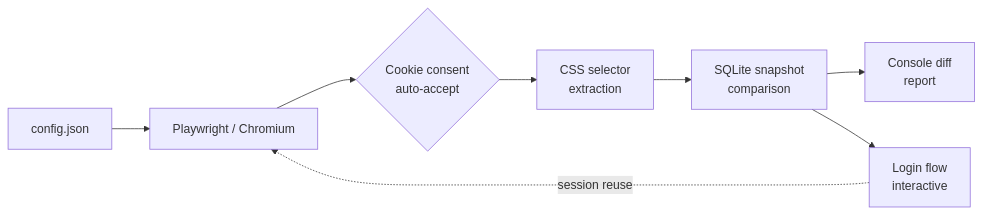
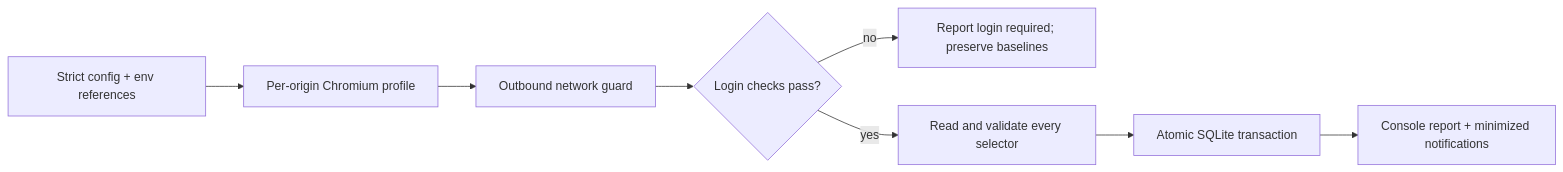
The diagram in README.md (tomassvensson/page-change-checker), drawn with Mermaid before and after one commit. The commit also changed other lines of this file and 6 other files, not shown here.

````diff
--- a/README.md
+++ b/README.md
@@ -171,10 +185,10 @@
 ```mermaid
 flowchart LR
-    A[config.json] --> B[Playwright / Chromium]
-    B --> C{Cookie consent\nauto-accept}
-    C --> D[CSS selector\nextraction]
-    D --> E[SQLite snapshot\ncomparison]
-    E --> F[Console diff\nreport]
-    G[Login flow\ninteractive] -.->|session reuse| B
-    E --> G
+    A["Strict config + env references"] --> B["Per-origin Chromium profile"]
+    B --> C["Outbound network guard"]
+    C --> D{"Login checks pass?"}
+    D -->|no| E["Report login required; preserve baselines"]
+    D -->|yes| F["Read and validate every selector"]
+    F --> G["Atomic SQLite transaction"]
+    G --> H["Console report + minimized notifications"]
 ```
````
